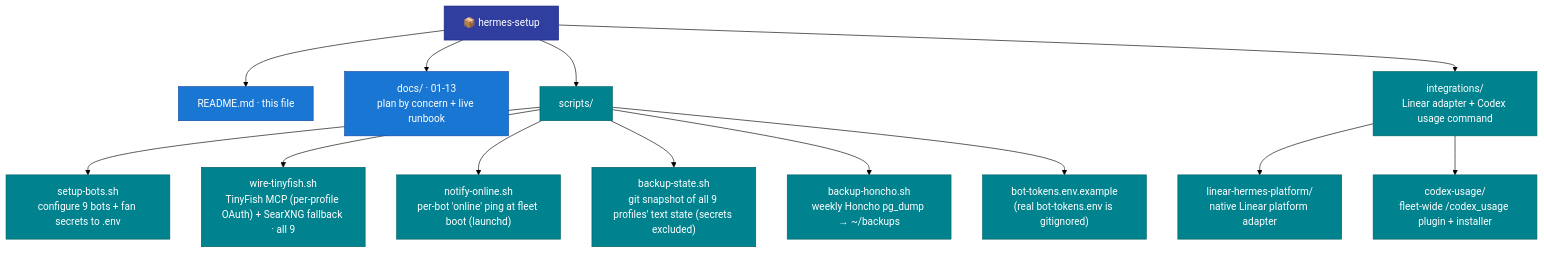
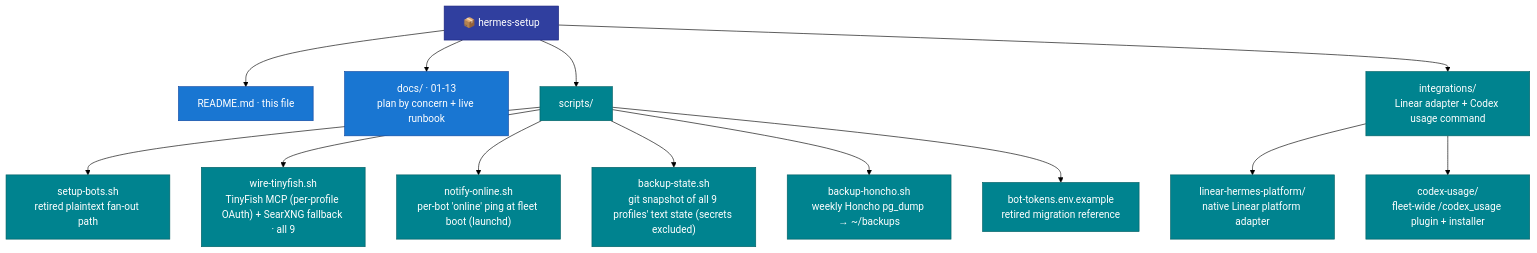
One commit to mpolatcan/hermes-setup changed the fifth of 5 diagrams in README.md. Above: the diagram before and after it, drawn with Mermaid (forest theme). The commit also changed other lines of this file and 13 other files, not shown here.

````diff
--- a/README.md
+++ b/README.md
@@ -274,19 +274,19 @@
 ```mermaid
 flowchart TB
     root["📦 hermes-setup"]:::root
     root --> readme["README.md · this file"]:::doc
     root --> docs["docs/ · 01-13<br/>plan by concern + live runbook"]:::doc
     root --> scripts["scripts/"]:::svc
     root --> integrations["integrations/<br/>Linear adapter + Codex usage command"]:::svc
     integrations --> lin["linear-hermes-platform/<br/>native Linear platform adapter"]:::svc
     integrations --> cu["codex-usage/<br/>fleet-wide /codex_usage plugin + installer"]:::svc
-    scripts --> sb["setup-bots.sh<br/>configure 9 bots + fan secrets to .env"]:::svc
+    scripts --> sb["setup-bots.sh<br/>retired plaintext fan-out path"]:::svc
     scripts --> wt["wire-tinyfish.sh<br/>TinyFish MCP (per-profile OAuth) + SearXNG fallback · all 9"]:::svc
     scripts --> no["notify-online.sh<br/>per-bot 'online' ping at fleet boot (launchd)"]:::svc
     scripts --> bs["backup-state.sh<br/>git snapshot of all 9 profiles' text state (secrets excluded)"]:::svc
     scripts --> bh["backup-honcho.sh<br/>weekly Honcho pg_dump → ~/backups"]:::svc
-    scripts --> ex["bot-tokens.env.example<br/>(real bot-tokens.env is gitignored)"]:::svc
+    scripts --> ex["bot-tokens.env.example<br/>retired migration reference"]:::svc
     classDef root fill:#303F9F,stroke:#1A237E,color:#fff
     classDef doc fill:#1976D2,stroke:#0D47A1,color:#fff
     classDef svc fill:#00838F,stroke:#006064,color:#fff
 ```
````
